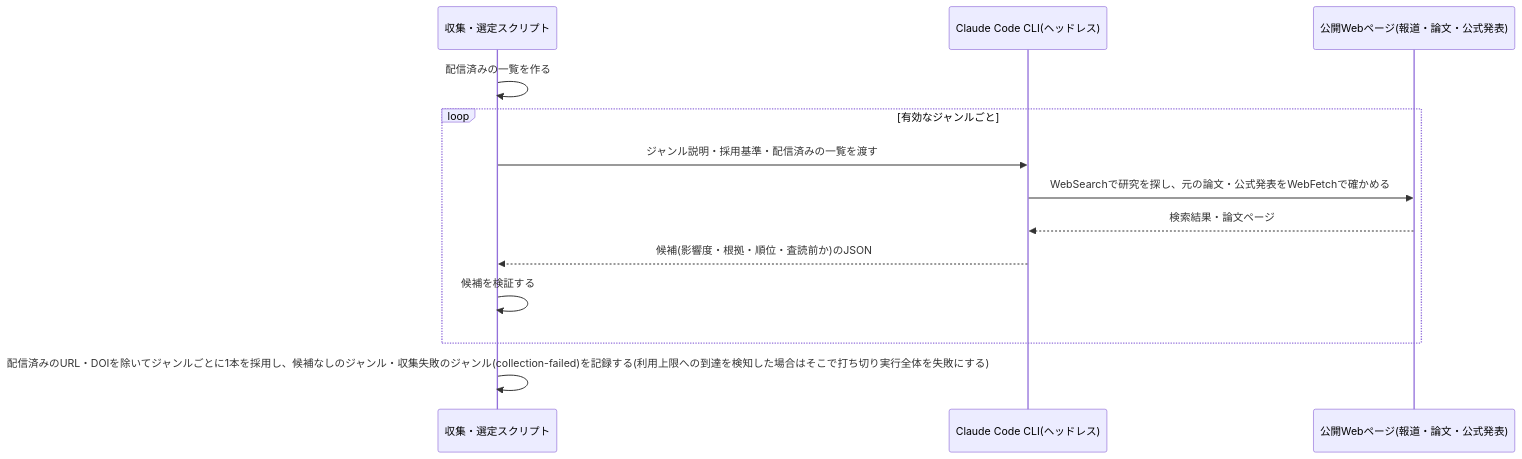
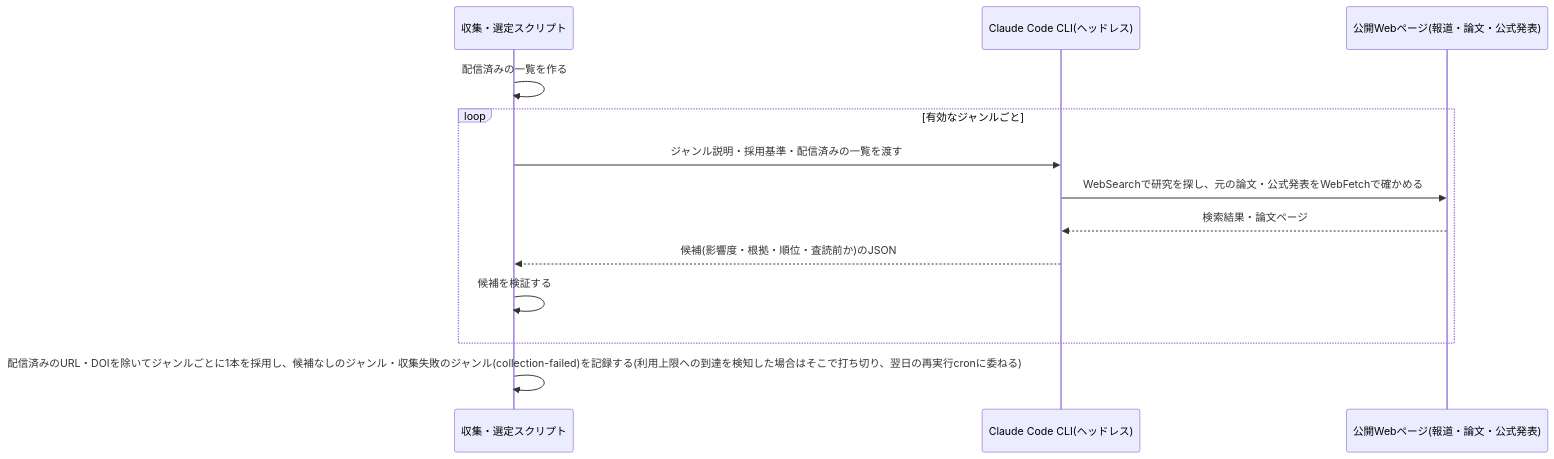
The diagram in specs/research-digest/content-selection/design.md (zakiyama0108/benriyatool), drawn with Mermaid before and after one commit. The commit also changed other lines of this file and 7 other files, not shown here.

````diff
--- a/specs/research-digest/content-selection/design.md
+++ b/specs/research-digest/content-selection/design.md
@@ -74,16 +74,16 @@
 ```mermaid
 sequenceDiagram
     participant script as 収集・選定スクリプト
     participant claude as Claude Code CLI(ヘッドレス)
     participant web as 公開Webページ(報道・論文・公式発表)
 
     script ->> script: 配信済みの一覧を作る
     loop 有効なジャンルごと
         script ->> claude: ジャンル説明・採用基準・配信済みの一覧を渡す
         claude ->> web: WebSearchで研究を探し、元の論文・公式発表をWebFetchで確かめる
         web -->> claude: 検索結果・論文ページ
         claude -->> script: 候補(影響度・根拠・順位・査読前か)のJSON
         script ->> script: 候補を検証する
     end
-    script ->> script: 配信済みのURL・DOIを除いてジャンルごとに1本を採用し、候補なしのジャンル・収集失敗のジャンル(collection-failed)を記録する(利用上限への到達を検知した場合はそこで打ち切り実行全体を失敗にする)
+    script ->> script: 配信済みのURL・DOIを除いてジャンルごとに1本を採用し、候補なしのジャンル・収集失敗のジャンル(collection-failed)を記録する(利用上限への到達を検知した場合はそこで打ち切り、翌日の再実行cronに委ねる)
 ```
````
